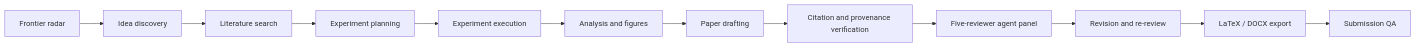
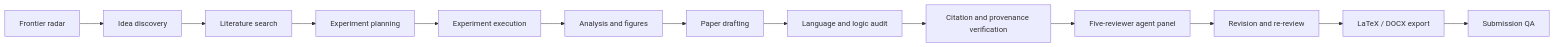
The diagram in README.md (fengmo11/awesome-paper-research-skills), drawn with Mermaid before and after one commit. The commit also changed other lines of this file and 6 other files, not shown here.

Commit message:
Add paper language logic guide

````diff
--- a/README.md
+++ b/README.md
@@ -52,14 +53,15 @@
 ```mermaid
 flowchart LR
   A["Frontier radar"] --> B["Idea discovery"]
   B --> C["Literature search"]
   C --> D["Experiment planning"]
   D --> E["Experiment execution"]
   E --> F["Analysis and figures"]
   F --> G["Paper drafting"]
-  G --> H["Citation and provenance verification"]
-  H --> I["Five-reviewer agent panel"]
-  I --> J["Revision and re-review"]
-  J --> K["LaTeX / DOCX export"]
-  K --> L["Submission QA"]
+  G --> H["Language and logic audit"]
+  H --> I["Citation and provenance verification"]
+  I --> J["Five-reviewer agent panel"]
+  J --> K["Revision and re-review"]
+  K --> L["LaTeX / DOCX export"]
+  L --> M["Submission QA"]
 ```
````
